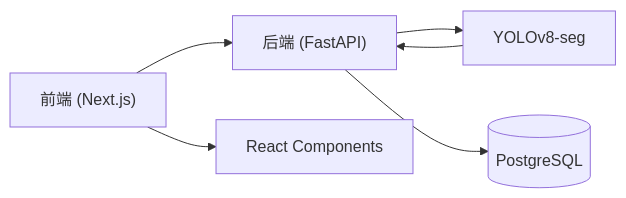
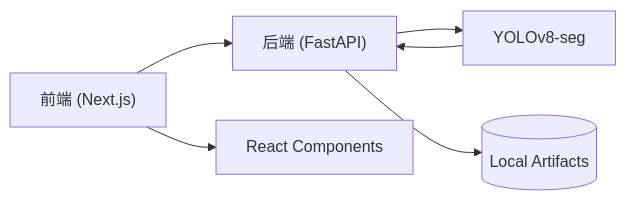
Before and after one commit to Timcai06/BDI: the diagram in README.md, drawn with Mermaid. The commit also changed other lines of this file and 2 other files, not shown here.

````diff
--- a/README.md
+++ b/README.md
@@ -88,8 +88,8 @@
 ```mermaid
 graph LR
     FE["前端 (Next.js)"] --> BE["后端 (FastAPI)"]
     BE --> Model["YOLOv8-seg"]
     Model --> BE
-    BE --> DB[("PostgreSQL")]
+    BE --> FS[("Local Artifacts")]
     FE --> UI["React Components"]
 ```
````
